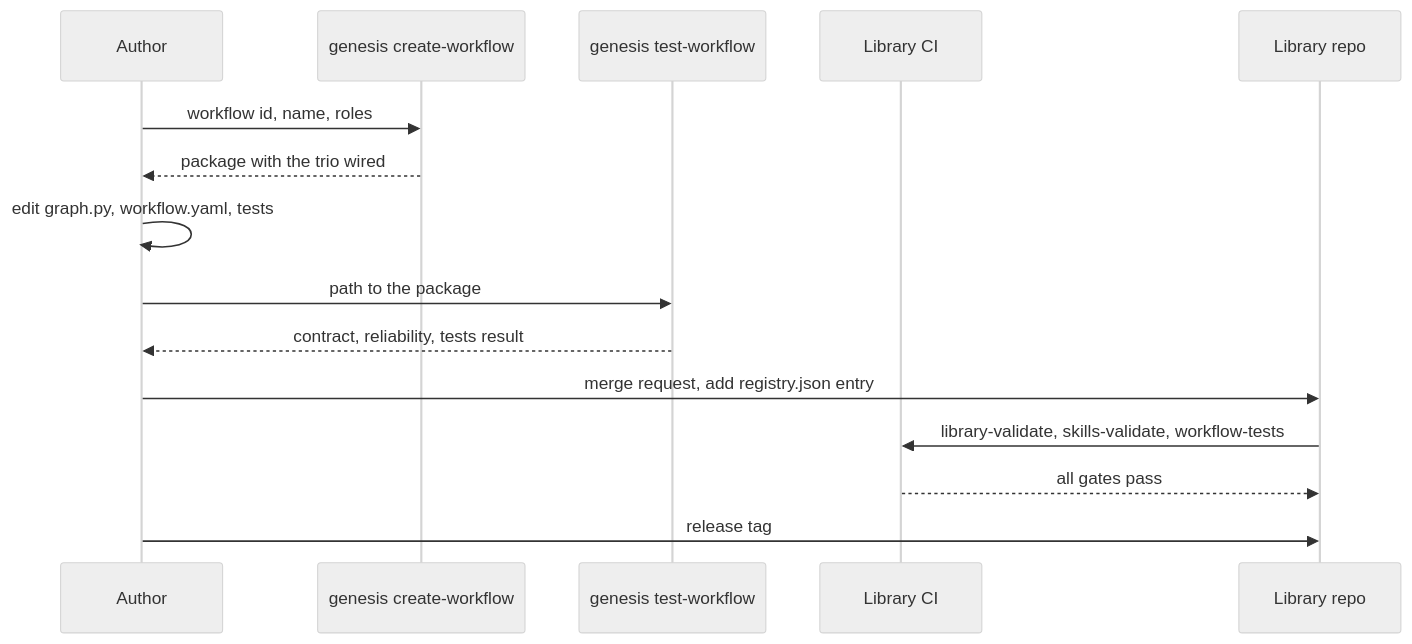
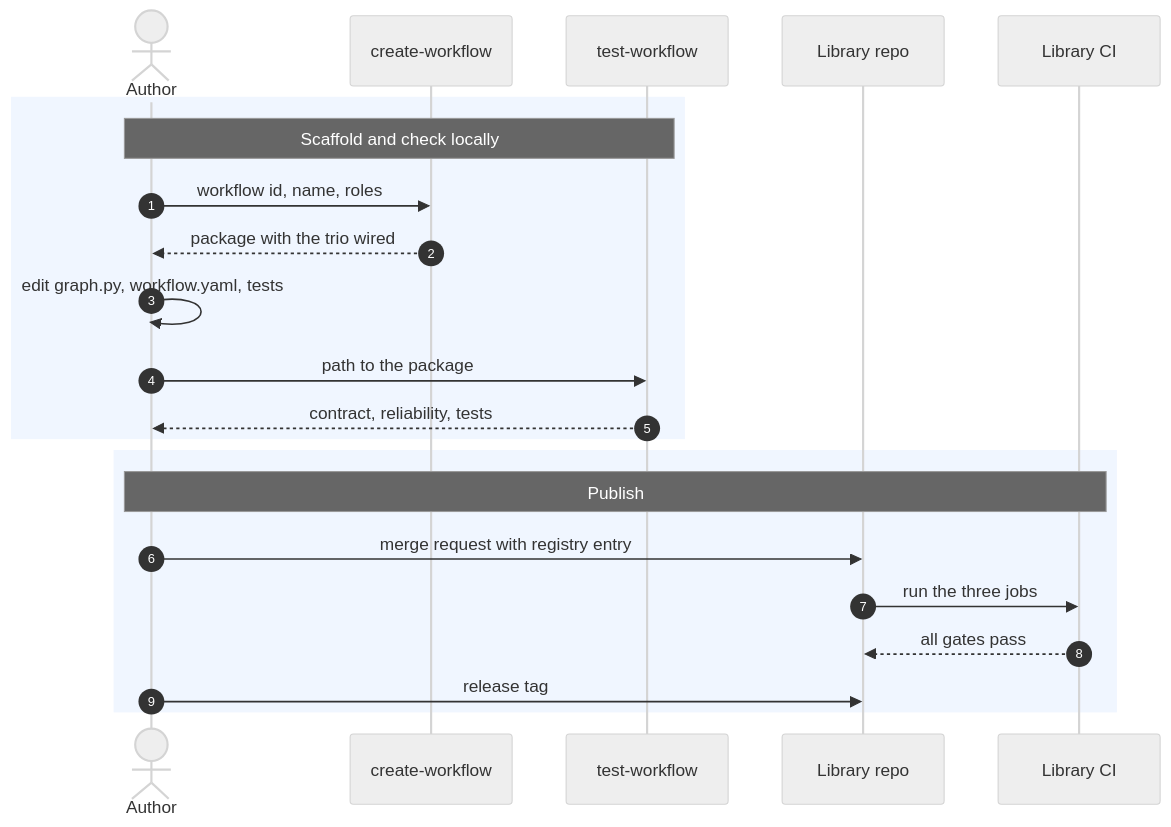
The second of 4 diagrams in genesis/architecture/modules/workflow-library.md (ram-020998/project-tracker), drawn with Mermaid (neutral theme) before and after one commit. The commit also changed other lines of this file and 24 other files, not shown here.

First line of the commit message:
architecture: rewrite all 86 Mermaid diagrams to one C4 style, each render-checked

````diff
--- a/genesis/architecture/modules/workflow-library.md
+++ b/genesis/architecture/modules/workflow-library.md
@@ -235,17 +240,24 @@
 ```mermaid
 sequenceDiagram
-    participant A as Author
-    participant S as genesis create-workflow
-    participant T as genesis test-workflow
+    autonumber
+    actor A as Author
+    participant S as create-workflow
+    participant T as test-workflow
+    participant L as Library repo
     participant CI as Library CI
-    participant L as Library repo
-    A->>S: workflow id, name, roles
-    S-->>A: package with the trio wired
-    A->>A: edit graph.py, workflow.yaml, tests
-    A->>T: path to the package
-    T-->>A: contract, reliability, tests result
-    A->>L: merge request, add registry.json entry
-    L->>CI: library-validate, skills-validate, workflow-tests
-    CI-->>L: all gates pass
-    A->>L: release tag
+    rect rgb(240, 246, 255)
+        Note over A,T: Scaffold and check locally
+        A->>S: workflow id, name, roles
+        S-->>A: package with the trio wired
+        A->>A: edit graph.py, workflow.yaml, tests
+        A->>T: path to the package
+        T-->>A: contract, reliability, tests
+    end
+    rect rgb(240, 246, 255)
+        Note over A,CI: Publish
+        A->>L: merge request with registry entry
+        L->>CI: run the three jobs
+        CI-->>L: all gates pass
+        A->>L: release tag
+    end
 ```
````
